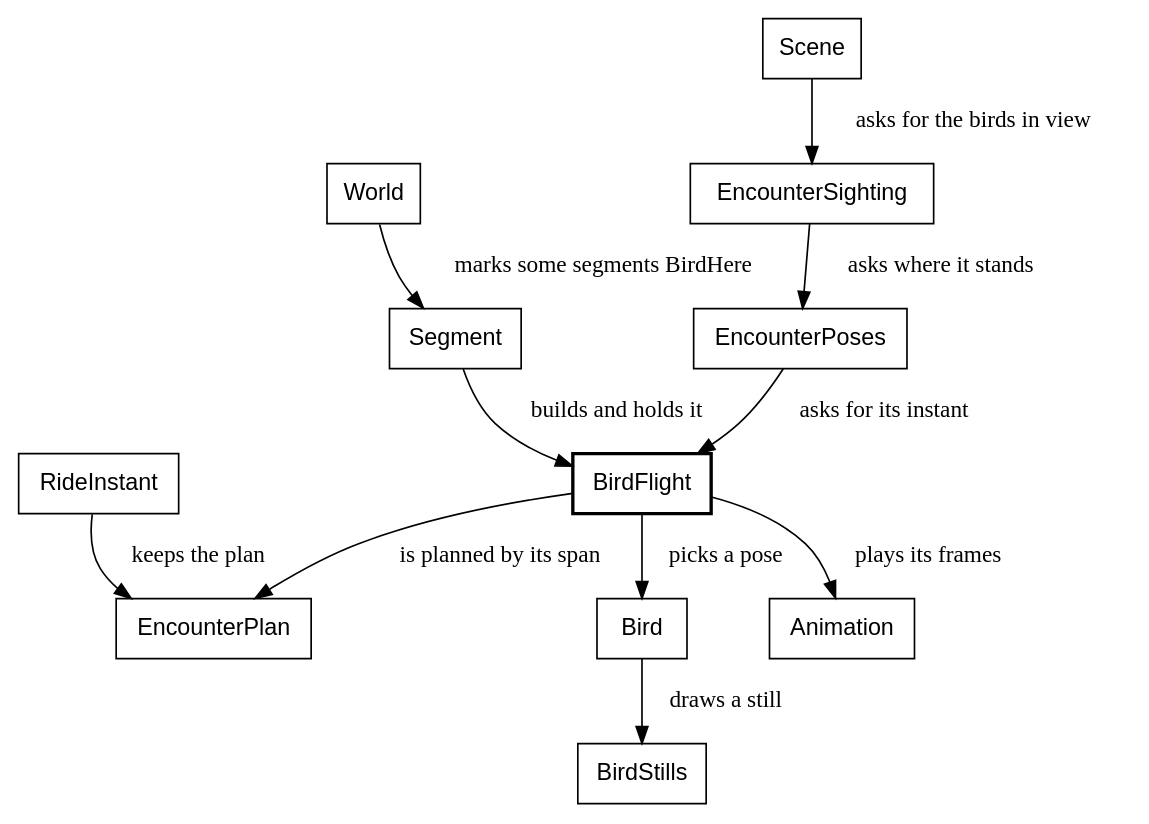
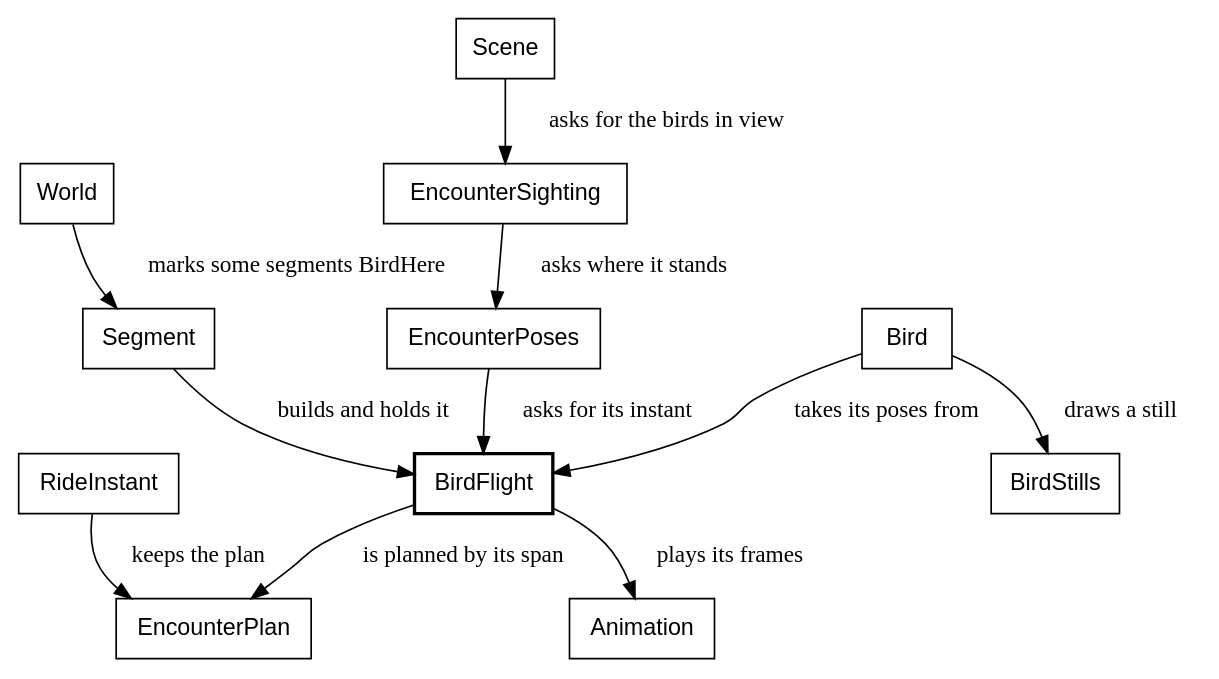
One commit to showell/roc-apps changed diagram 23 of 30 in canvas_apps/safari/tutorial/tutorial.md. Above: the diagram before and after it, drawn with Graphviz. The commit also changed other lines of this file and 8 other files, not shown here.

First line of the commit message:
safari: the ride owns the pose types; Cat and Bird import the ride

````diff
--- a/canvas_apps/safari/tutorial/tutorial.md
+++ b/canvas_apps/safari/tutorial/tutorial.md
@@ -2282,16 +2282,16 @@
 ```dot
 digraph bird {
   node [shape=box, fontname="Helvetica"];
   BirdFlight [style=bold];
   World -> Segment [label="  marks some segments BirdHere"];
   Segment -> BirdFlight [label="  builds and holds it"];
   Scene -> EncounterSighting [label="  asks for the birds in view"];
   RideInstant -> EncounterPlan [label="  keeps the plan"];
   EncounterSighting -> EncounterPoses [label="  asks where it stands"];
   EncounterPoses -> BirdFlight [label="  asks for its instant"];
-  BirdFlight -> Bird [label="  picks a pose"];
+  Bird -> BirdFlight [label="  takes its poses from"];
   BirdFlight -> Animation [label="  plays its frames"];
   BirdFlight -> EncounterPlan [label="  is planned by its span"];
   Bird -> BirdStills [label="  draws a still"];
 }
 ```
````
